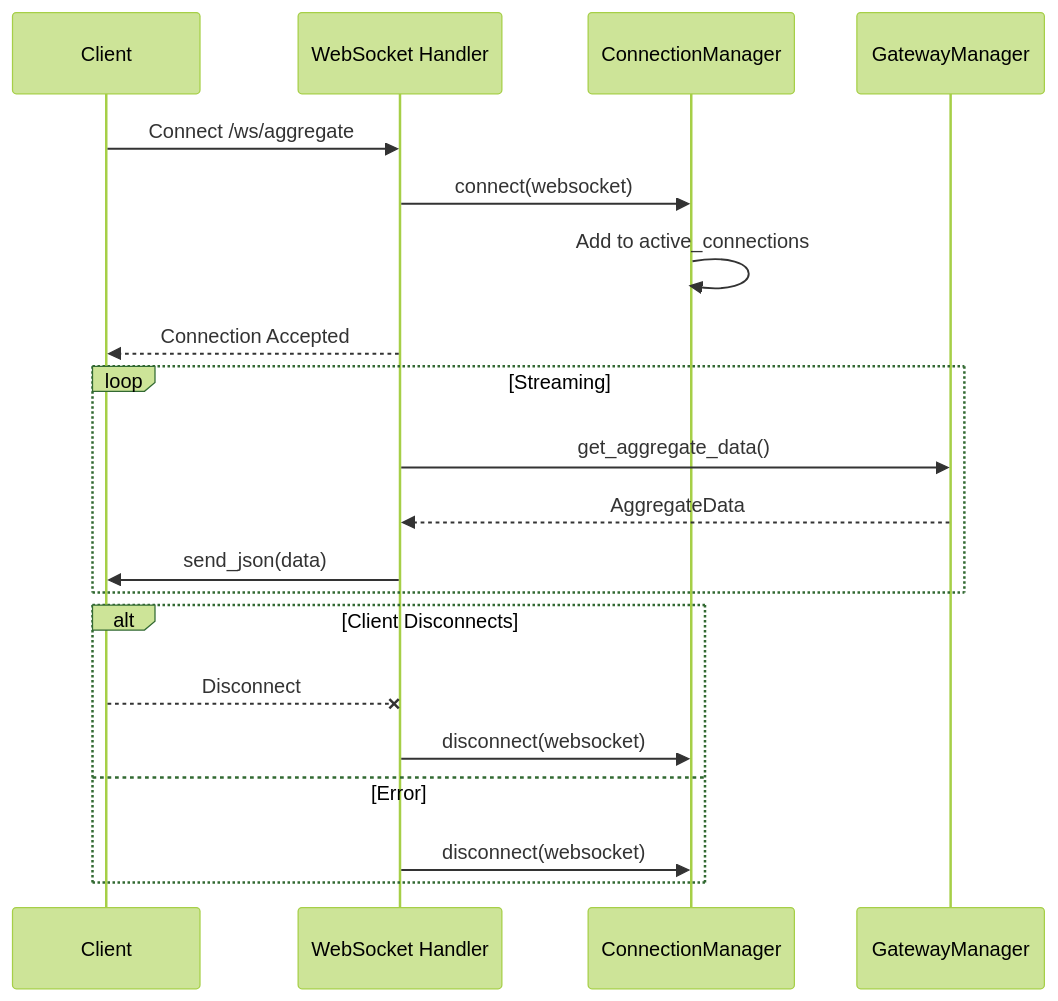
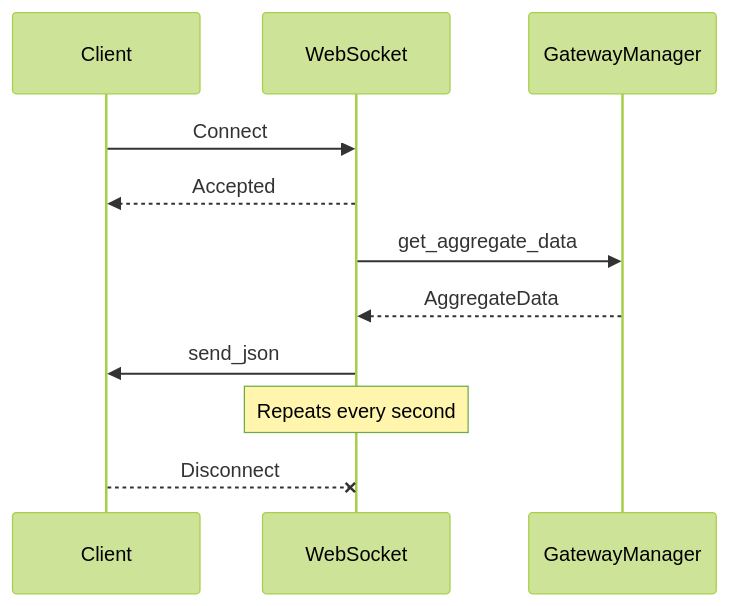
Before and after one commit to jasonacox/pypowerwall-server: the fifth of 8 diagrams in DESIGN.md, drawn with Mermaid (forest theme). The commit also changed other lines of this file, not shown here.

Commit message:
Refactor polling and WebSocket streaming sequence diagrams for clarity and conciseness

````diff
--- a/DESIGN.md
+++ b/DESIGN.md
@@ -261,25 +250,14 @@
 ```mermaid
 sequenceDiagram
     participant C as Client
-    participant WS as WebSocket Handler
-    participant CM as ConnectionManager
+    participant WS as WebSocket
     participant GM as GatewayManager
     
-    C->>WS: Connect /ws/aggregate
-    WS->>CM: connect(websocket)
-    CM->>CM: Add to active_connections
-    WS-->>C: Connection Accepted
-    
-    loop Streaming
-        WS->>GM: get_aggregate_data()
-        GM-->>WS: AggregateData
-        WS->>C: send_json(data)
-    end
-    
-    alt Client Disconnects
-        C--xWS: Disconnect
-        WS->>CM: disconnect(websocket)
-    else Error
-        WS->>CM: disconnect(websocket)
-    end
+    C->>WS: Connect
+    WS-->>C: Accepted
+    WS->>GM: get_aggregate_data
+    GM-->>WS: AggregateData
+    WS->>C: send_json
+    Note over WS: Repeats every second
+    C--xWS: Disconnect
 ```
````
